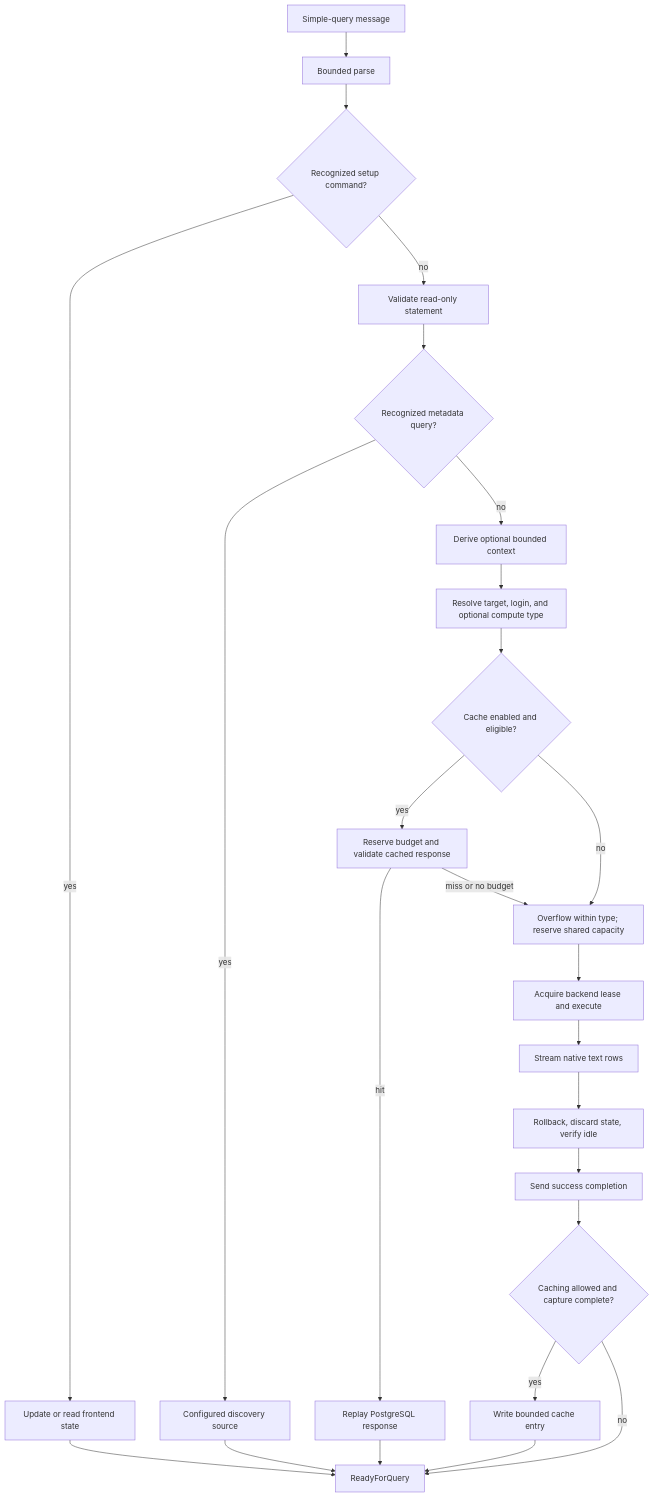
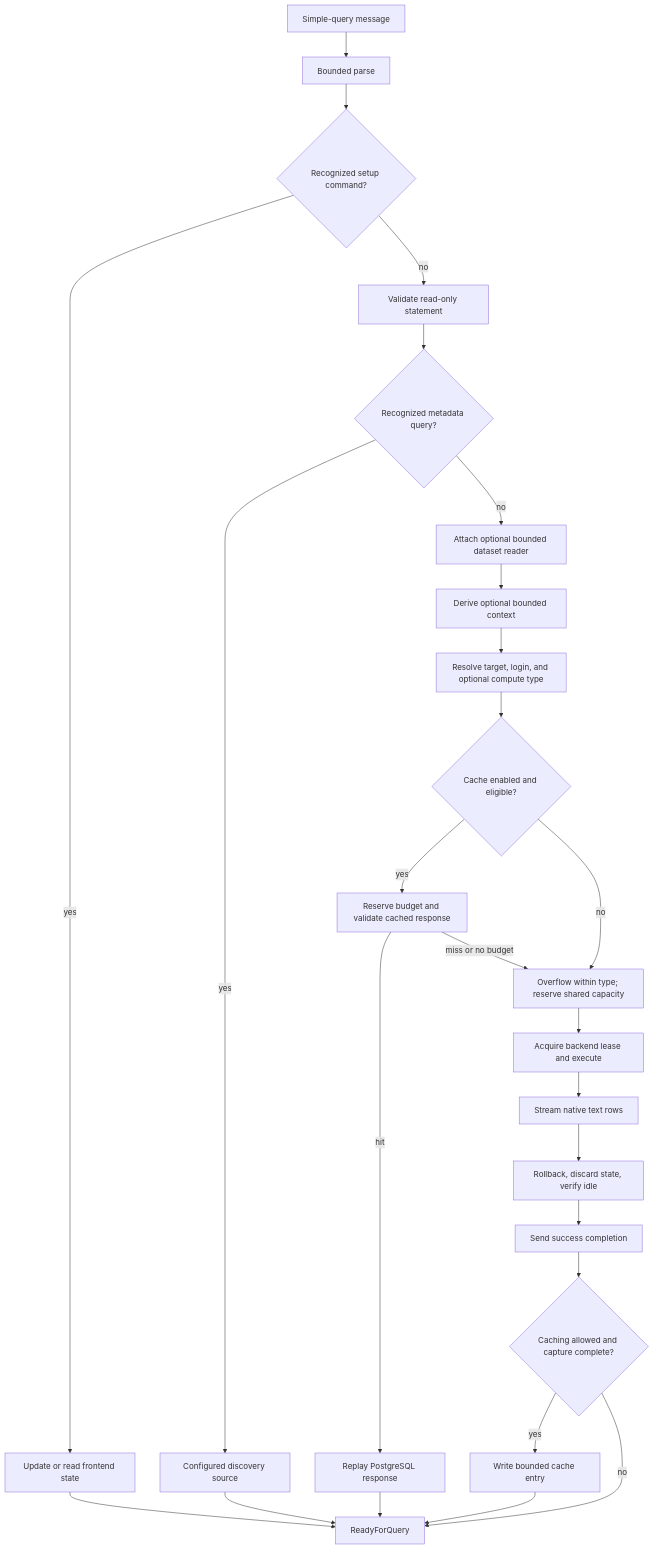
One commit to AbhiSinha08/yasp-analytics-proxy changed the second of 4 diagrams in docs/architecture.md. Above: the diagram before and after it, drawn with Mermaid. The commit also changed other lines of this file and 46 other files, not shown here.

````diff
--- a/docs/architecture.md
+++ b/docs/architecture.md
@@ -43,27 +47,28 @@
 ```mermaid
 flowchart TD
     Query[Simple-query message] --> Parse[Bounded parse]
     Parse --> Setup{Recognized setup command?}
     Setup -->|yes| Local[Update or read frontend state]
     Setup -->|no| ReadOnly[Validate read-only statement]
     ReadOnly --> Metadata{Recognized metadata query?}
     Metadata -->|yes| Discovery[Configured discovery source]
-    Metadata -->|no| Context[Derive optional bounded context]
+    Metadata -->|no| DatasetRead[Attach optional bounded dataset reader]
+    DatasetRead --> Context[Derive optional bounded context]
     Context --> Route[Resolve target, login, and optional compute type]
     Route --> Eligible{Cache enabled and eligible?}
     Eligible -->|yes| Lookup[Reserve budget and validate cached response]
     Lookup -->|hit| Replay[Replay PostgreSQL response]
     Lookup -->|miss or no budget| Allocate[Overflow within type; reserve shared capacity]
     Eligible -->|no| Allocate
     Allocate --> Execute[Acquire backend lease and execute]
     Execute --> Stream[Stream native text rows]
     Stream --> Cleanup[Rollback, discard state, verify idle]
     Cleanup --> Complete[Send success completion]
     Complete --> Cacheable{Caching allowed and capture complete?}
     Cacheable -->|yes| Store[Write bounded cache entry]
     Cacheable -->|no| Ready
     Local --> Ready[ReadyForQuery]
     Discovery --> Ready
     Replay --> Ready
     Store --> Ready
 ```
````
